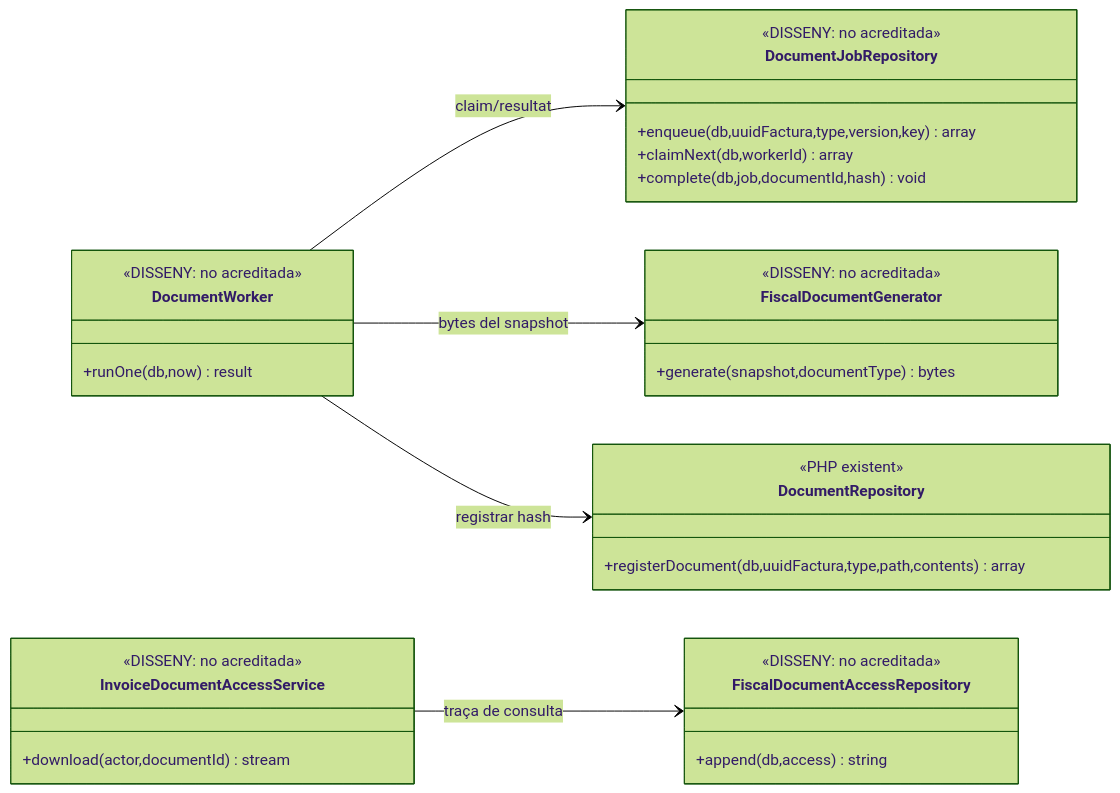
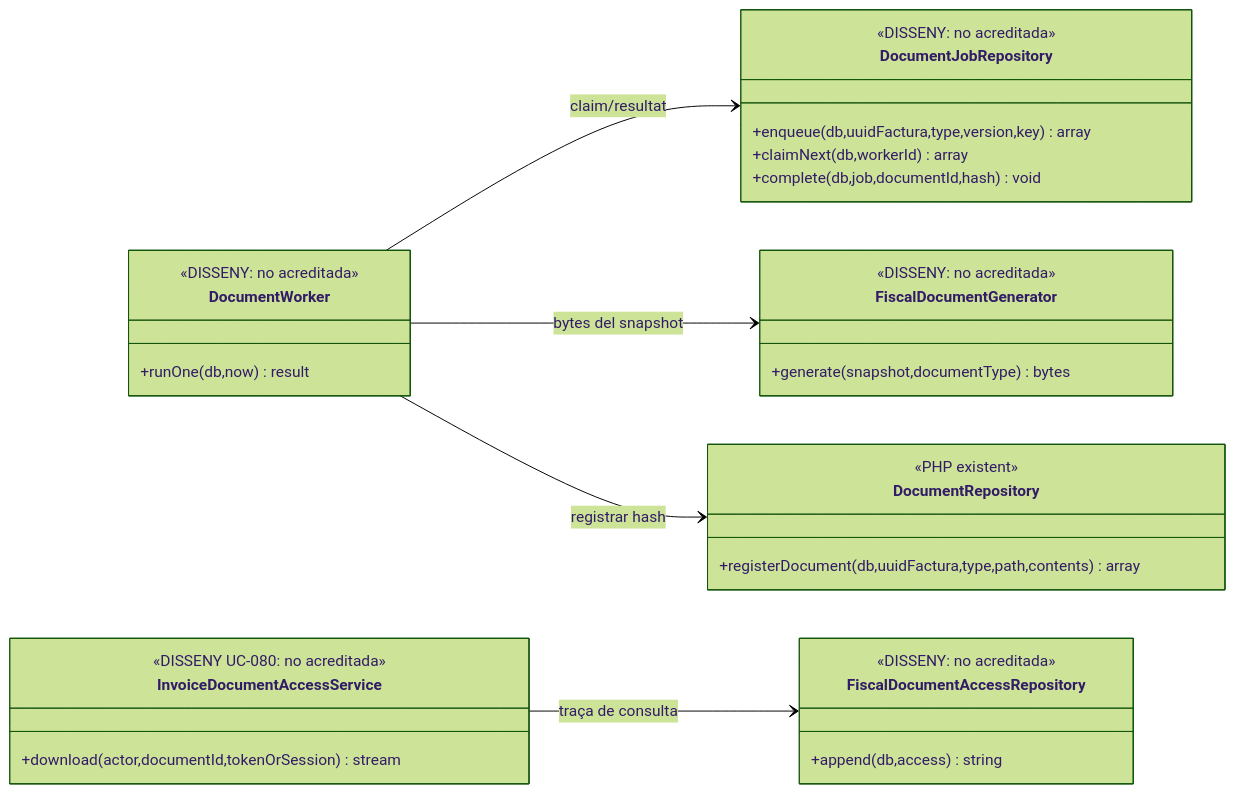
The second of 4 diagrams in documentacio/07-uml-integrat/uc-036-generar-consultar-documents.md (orgmeriemprismacat-del/verifactu), drawn with Mermaid (forest theme) before and after one commit.

Commit message:
docs(uc-036): etiquetar servei d'accés com UC-080

````diff
--- a/documentacio/07-uml-integrat/uc-036-generar-consultar-documents.md
+++ b/documentacio/07-uml-integrat/uc-036-generar-consultar-documents.md
@@ -94,34 +94,34 @@
 ```mermaid
 classDiagram
 direction LR
 class DocumentRepository {
  <<PHP existent>>
  +registerDocument(db,uuidFactura,type,path,contents) array
 }
 class DocumentJobRepository {
  <<DISSENY: no acreditada>>
  +enqueue(db,uuidFactura,type,version,key) array
  +claimNext(db,workerId) array
  +complete(db,job,documentId,hash) void
 }
 class FiscalDocumentGenerator {
  <<DISSENY: no acreditada>>
  +generate(snapshot,documentType) bytes
 }
 class DocumentWorker {
  <<DISSENY: no acreditada>>
  +runOne(db,now) result
 }
 class FiscalDocumentAccessRepository {
  <<DISSENY: no acreditada>>
  +append(db,access) string
 }
 class InvoiceDocumentAccessService {
- <<DISSENY: no acreditada>>
- +download(actor,documentId) stream
+ <<DISSENY UC-080: no acreditada>>
+ +download(actor,documentId,tokenOrSession) stream
 }
 DocumentWorker --> DocumentJobRepository : claim/resultat
 DocumentWorker --> FiscalDocumentGenerator : bytes del snapshot
 DocumentWorker --> DocumentRepository : registrar hash
 InvoiceDocumentAccessService --> FiscalDocumentAccessRepository : traça de consulta
 ```
````
